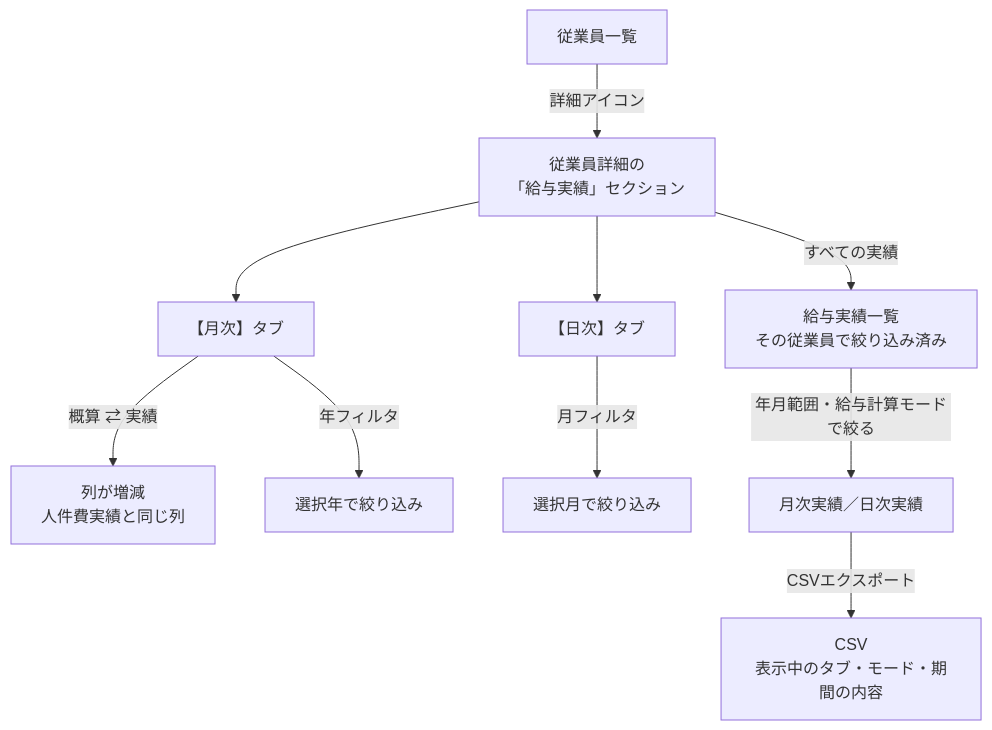
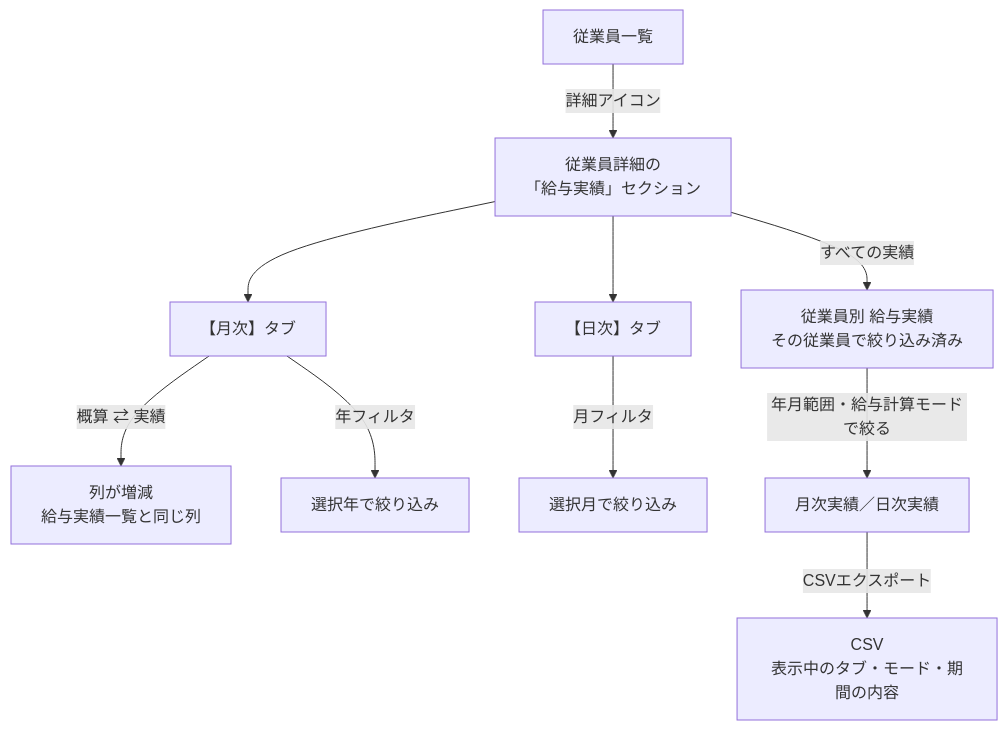
The seventh of 15 diagrams in 20260803_01_従業員管理_仕様書_PdM版.md (suguru789987/rakmy-employee-mgmt-spec), drawn with Mermaid before and after one commit. The commit also changed other lines of this file and 18 other files, not shown here.

````diff
--- a/20260803_01_従業員管理_仕様書_PdM版.md
+++ b/20260803_01_従業員管理_仕様書_PdM版.md
@@ -421,12 +421,12 @@
 ```mermaid
 flowchart TB
   EL["従業員一覧"] -->|"詳細アイコン"| ED["従業員詳細の<br/>「給与実績」セクション"]
   ED --> M["【月次】タブ"]
-  M -->|"概算 ⇄ 実績"| M1["列が増減<br/>人件費実績と同じ列"]
+  M -->|"概算 ⇄ 実績"| M1["列が増減<br/>給与実績一覧と同じ列"]
   M -->|"年フィルタ"| M2["選択年で絞り込み"]
   ED --> N["【日次】タブ"]
   N -->|"月フィルタ"| N1["選択月で絞り込み"]
-  ED -->|"すべての実績"| PL["給与実績一覧<br/>その従業員で絞り込み済み"]
+  ED -->|"すべての実績"| PL["従業員別 給与実績<br/>その従業員で絞り込み済み"]
   PL -->|"年月範囲・給与計算モードで絞る"| PL2["月次実績／日次実績"]
   PL2 -->|"CSVエクスポート"| CSV["CSV<br/>表示中のタブ・モード・期間の内容"]
 ```
````
